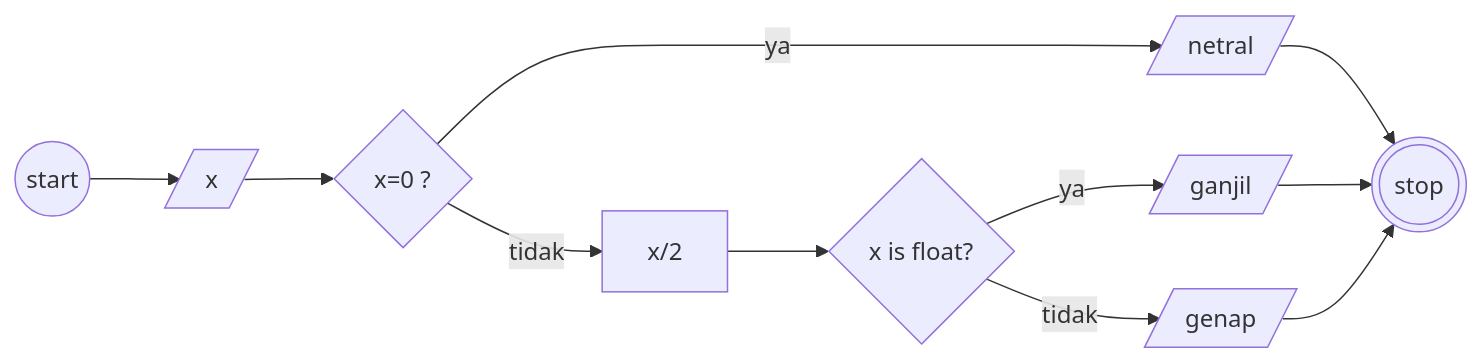
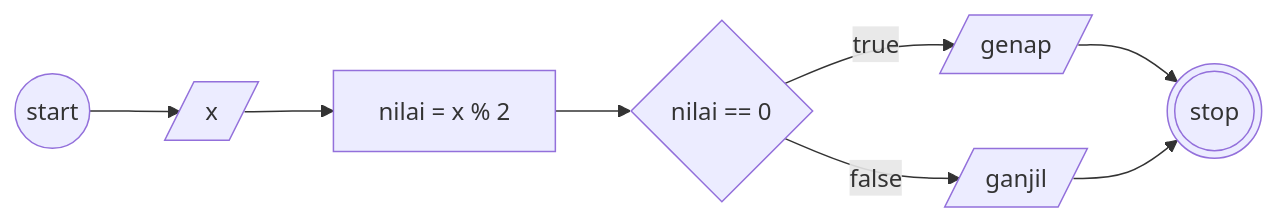
One commit to ecenn/koda-b10-algoritma changed the diagram in README.md. Above: the diagram before and after it, drawn with Mermaid. The commit also changed other lines of this file, not shown here.

````diff
--- a/README.md
+++ b/README.md
@@ -31,26 +29,21 @@
 ```mermaid
 
 flowchart LR
 
 a((start))
 b[/x/]
-c{x=0 ?}
-d[/netral/]
-e[x/2]
-f{x is float?}
-g[/ganjil/]
-h[/genap/]
+x[nilai = x % 2]
+c{nilai == 0}
+d[/genap/]
+e[/ganjil/]
 z(((stop)))
 
 a --> b
-b --> c
-c --ya--> d
-c --tidak--> e
-e --> f
-f --ya--> g
-f --tidak--> h
+b --> x
+x --> c
+c --true--> d
+c --false--> e
 d --> z
-g --> z
-h --> z
+e --> z
 
 ```
````
